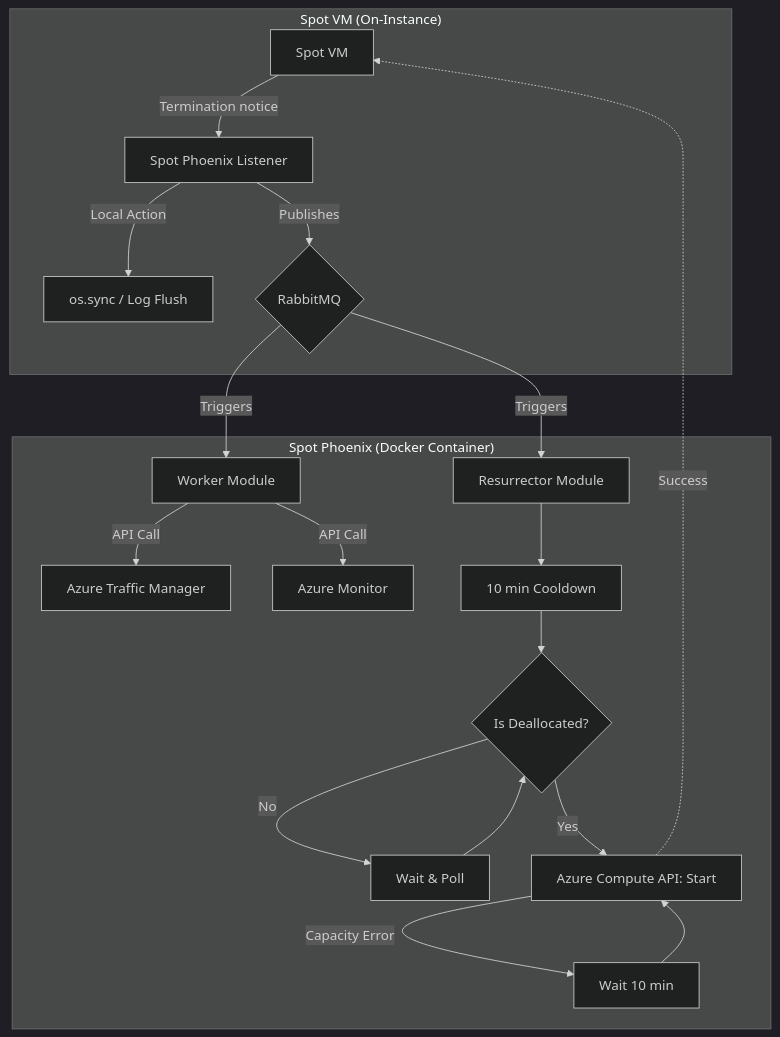
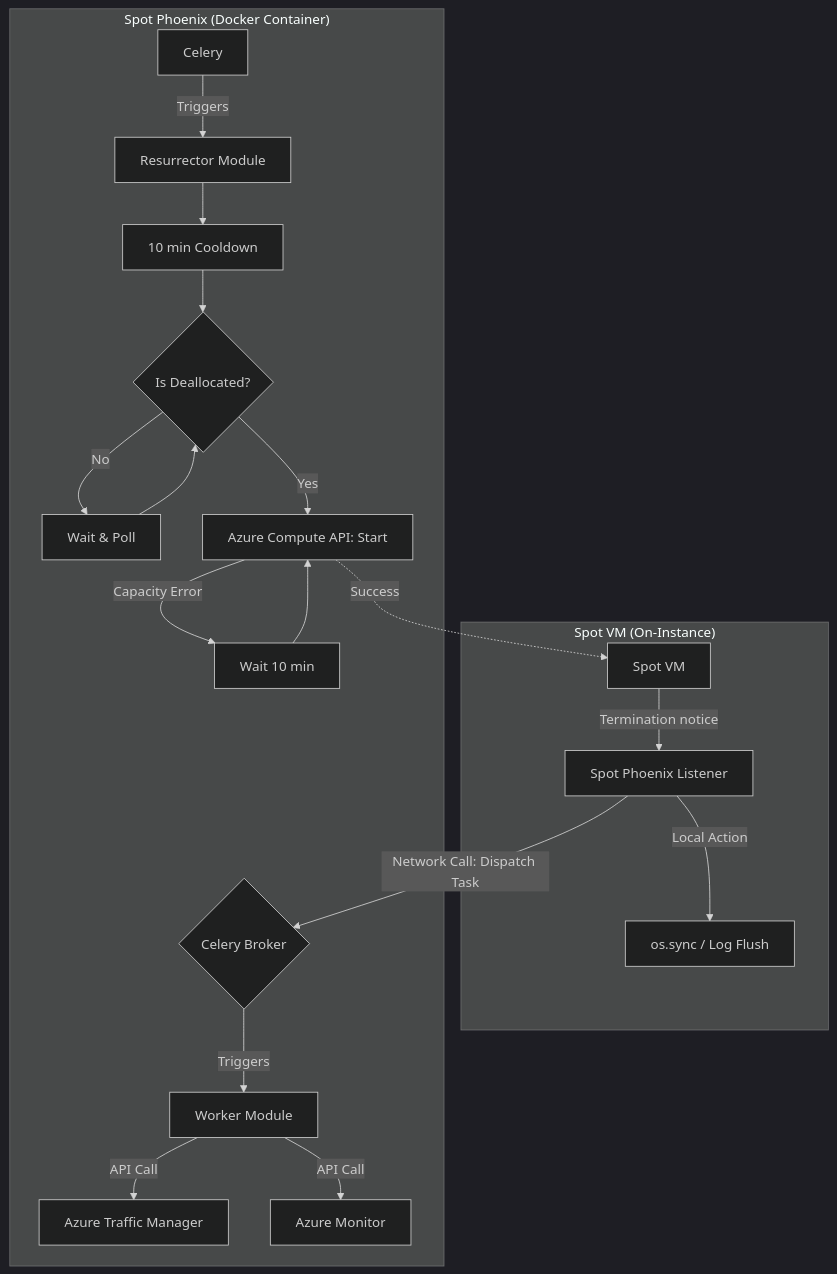
The second of 2 diagrams in Documentation.md (Aukse5/SpotPhoenix), drawn with Mermaid (dark theme) before and after one commit. The commit also changed other lines of this file, not shown here.

````diff
--- a/Documentation.md
+++ b/Documentation.md
@@ -33,24 +72,26 @@
 ```mermaid
 graph TD
     subgraph "Spot VM (On-Instance)"
         A[Spot VM] -->|Termination notice| L1[Spot Phoenix Listener]
         L1 -->|Local Action| MEM[os.sync / Log Flush]
-        L1 -->|Publishes| RMQ
     end
 
+    L1 -->|Network Call: Dispatch Task| CELERY
+
     subgraph "Spot Phoenix (Docker Container)"
-        RMQ{RabbitMQ} -->|Triggers| W[Worker Module]
+        CELERY{Celery Broker} -->|Triggers| W[Worker Module]
+        Celery -->|Triggers| R[Resurrector Module]
+
         W -->|API Call| ATM[Azure Traffic Manager]
         W -->|API Call| MON[Azure Monitor]
         
-        RMQ -->|Triggers| R[Resurrector Module]
         R --> C[10 min Cooldown]
         C --> S{Is Deallocated?}
         S -- No --> W1[Wait & Poll]
         W1 --> S
         S -- Yes --> AZ[Azure Compute API: Start]
         AZ -- Capacity Error --> W2[Wait 10 min]
         W2 --> AZ
         AZ -.->|Success| A
     end
 ```
````
